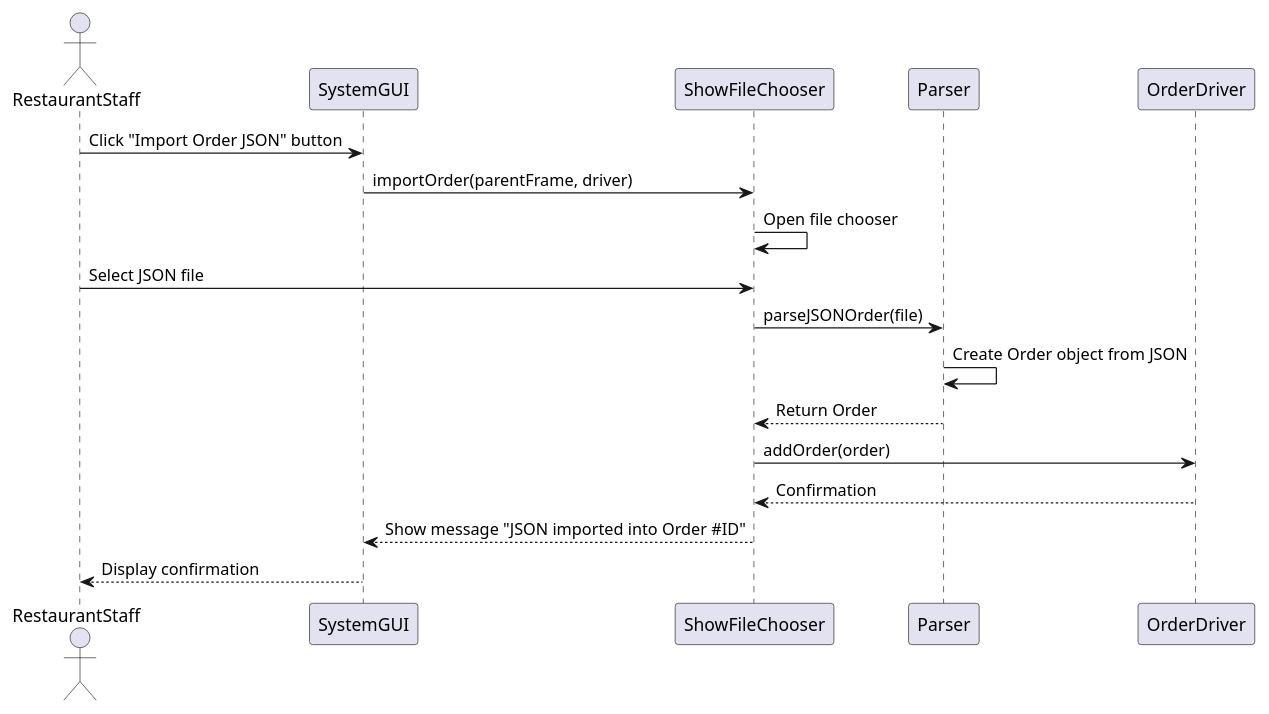
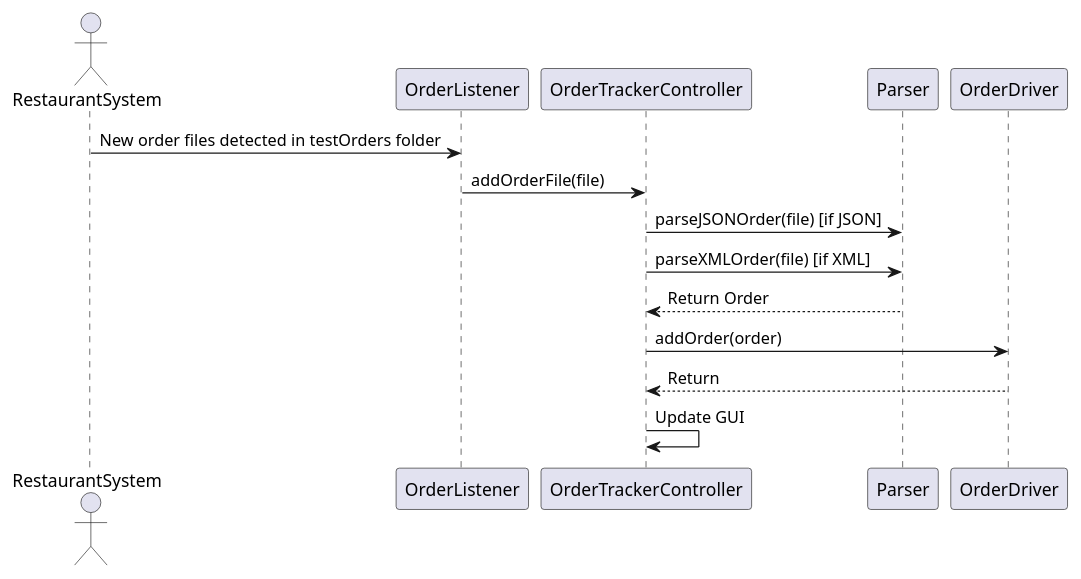
One commit to Uthjos/OrderTrackingApp changed the diagram in src/main/java/Design/SequenceDiagram.puml. Above: the diagram before and after it, drawn with PlantUML.

Commit message:
Updated phase 1 sequence diagram to reflect phase 2

```diff
--- a/src/main/java/Design/SequenceDiagram.puml
+++ b/src/main/java/Design/SequenceDiagram.puml
@@ -1,21 +1,40 @@
 @startuml
 'https://plantuml.com/sequence-diagram
-actor RestaurantStaff
-participant SystemGUI
-participant ShowFileChooser
+
+'SEQUENCE DIAGRAM: PHASE 2
+
+actor RestaurantSystem
+participant OrderListener
+participant OrderTrackerController
 participant Parser
 participant OrderDriver
 
-RestaurantStaff -> SystemGUI : Click "Import Order JSON" button
-SystemGUI -> ShowFileChooser : importOrder(parentFrame, driver)
-ShowFileChooser -> ShowFileChooser : Open file chooser
-RestaurantStaff -> ShowFileChooser : Select JSON file
-ShowFileChooser -> Parser : parseJSONOrder(file)
-Parser -> Parser : Create Order object from JSON
-Parser --> ShowFileChooser : Return Order
-ShowFileChooser -> OrderDriver : addOrder(order)
-OrderDriver --> ShowFileChooser : Confirmation
-ShowFileChooser --> SystemGUI : Show message "JSON imported into Order #ID"
-SystemGUI --> RestaurantStaff : Display confirmation
+RestaurantSystem -> OrderListener : New order files detected in testOrders folder
+OrderListener -> OrderTrackerController : addOrderFile(file)
+OrderTrackerController -> Parser : parseJSONOrder(file) [if JSON]
+OrderTrackerController -> Parser : parseXMLOrder(file) [if XML]
+Parser --> OrderTrackerController : Return Order
+OrderTrackerController -> OrderDriver : addOrder(order)
+OrderDriver --> OrderTrackerController : Return
+OrderTrackerController -> OrderTrackerController : Update GUI
 
+'OLD SEQUENCE DIAGRAM FROM PHASE 1
+
+'actor RestaurantStaff
+'participant SystemGUI
+'participant ShowFileChooser
+'participant Parser
+'participant OrderDriver
+'
+'RestaurantStaff -> SystemGUI : Click "Import Order JSON" button
+'SystemGUI -> ShowFileChooser : importOrder(parentFrame, driver)
+'ShowFileChooser -> ShowFileChooser : Open file chooser
+'RestaurantStaff -> ShowFileChooser : Select JSON file
+'ShowFileChooser -> Parser : parseJSONOrder(file)
+'Parser -> Parser : Create Order object from JSON
+'Parser --> ShowFileChooser : Return Order
+'ShowFileChooser -> OrderDriver : addOrder(order)
+'OrderDriver --> ShowFileChooser : Confirmation
+'ShowFileChooser --> SystemGUI : Show message "JSON imported into Order #ID"
+'SystemGUI --> RestaurantStaff : Display confirmation
 @enduml
```
